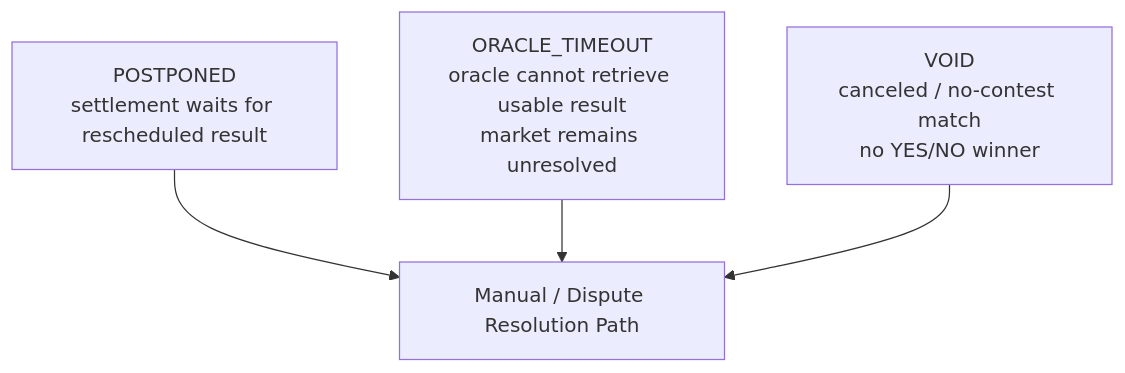
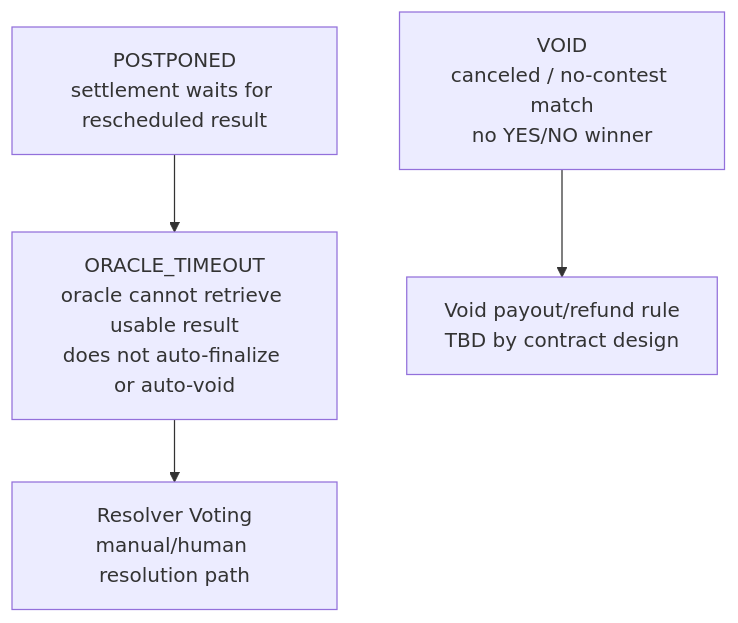
One commit to adriel-vel/AC_ON-esports-prediction-market changed the third of 3 diagrams in docs/architecture-preview.md. Above: the diagram before and after it, drawn with Mermaid. The commit also changed other lines of this file, not shown here.

Commit message:
docs: clarify oracle timeout state flow

````diff
--- a/docs/architecture-preview.md
+++ b/docs/architecture-preview.md
@@ -133,11 +136,12 @@
 ```mermaid
 flowchart TB
   postponed["POSTPONED<br/>settlement waits for rescheduled result"]
+  timeout["ORACLE_TIMEOUT<br/>oracle cannot retrieve usable result<br/>does not auto-finalize or auto-void"]
+  resolverPath["Resolver Voting<br/>manual/human resolution path"]
   voided["VOID<br/>canceled / no-contest match<br/>no YES/NO winner"]
-  timeout["ORACLE_TIMEOUT<br/>oracle cannot retrieve usable result<br/>market remains unresolved"]
-  manual["Manual / Dispute Resolution Path"]
+  refundRule["Void payout/refund rule<br/>TBD by contract design"]
 
-  postponed --> manual
-  timeout --> manual
-  voided --> manual
+  postponed --> timeout
+  timeout --> resolverPath
+  voided --> refundRule
 ```
````
